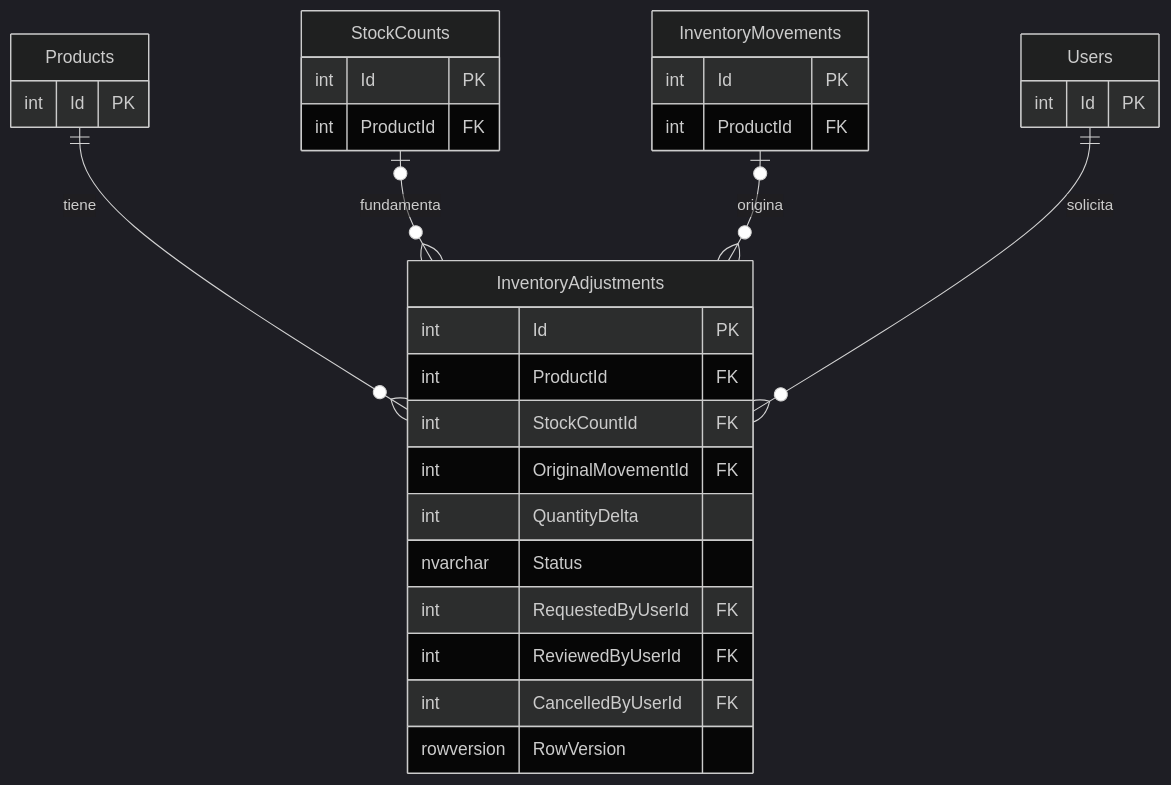
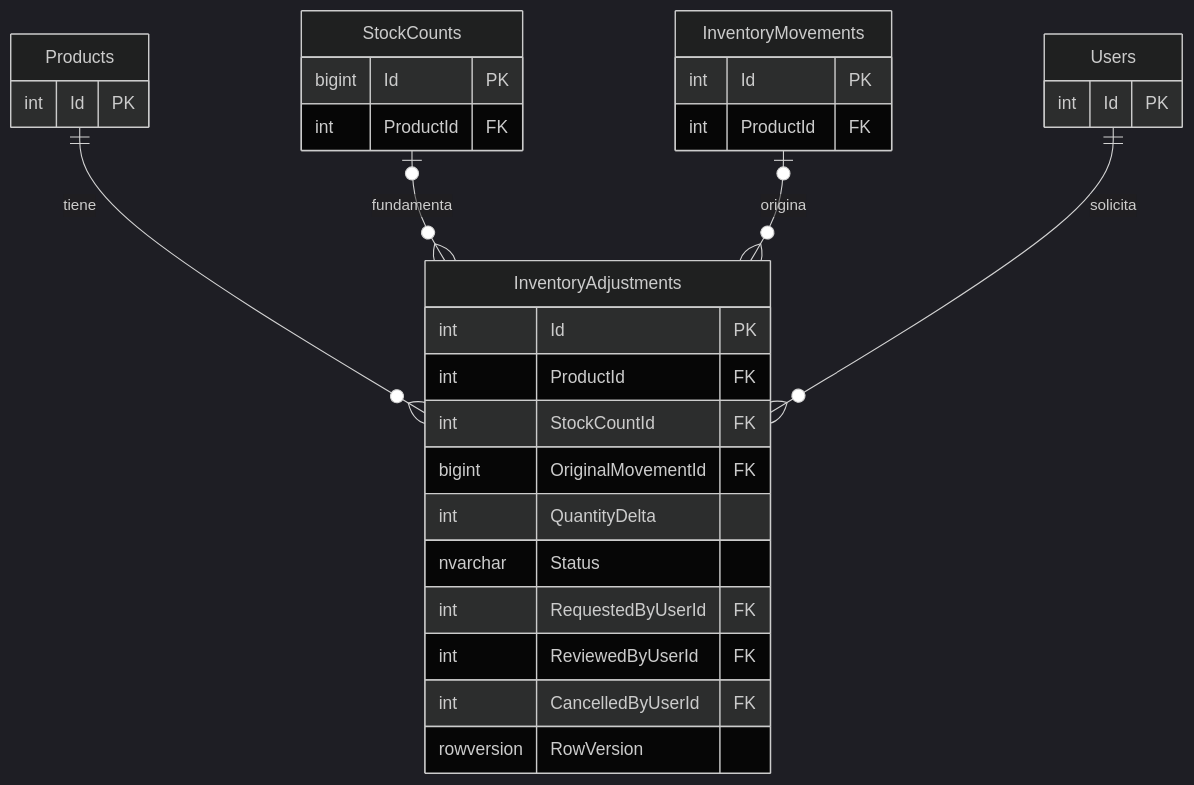
One commit to ErickFrancis-22/Abastece changed the sixth of 15 diagrams in docs/database/erd.md. Above: the diagram before and after it, drawn with Mermaid (dark theme). The commit also changed 3 other files, not shown here.

````diff
--- a/docs/database/erd.md
+++ b/docs/database/erd.md
@@ -222,38 +222,38 @@
 ```mermaid
 erDiagram
     Products ||--o{ InventoryAdjustments : tiene
     StockCounts o|--o{ InventoryAdjustments : fundamenta
     InventoryMovements o|--o{ InventoryAdjustments : origina
     Users ||--o{ InventoryAdjustments : solicita
 
     Products {
         int Id PK
     }
 
     StockCounts {
-        int Id PK
+        bigint Id PK
         int ProductId FK
     }
 
     InventoryMovements {
         int Id PK
         int ProductId FK
     }
 
     Users {
         int Id PK
     }
 
     InventoryAdjustments {
         int Id PK
         int ProductId FK
         int StockCountId FK
-        int OriginalMovementId FK
+        bigint OriginalMovementId FK
         int QuantityDelta
         nvarchar Status
         int RequestedByUserId FK
         int ReviewedByUserId FK
         int CancelledByUserId FK
         rowversion RowVersion
     }
 ```
````
